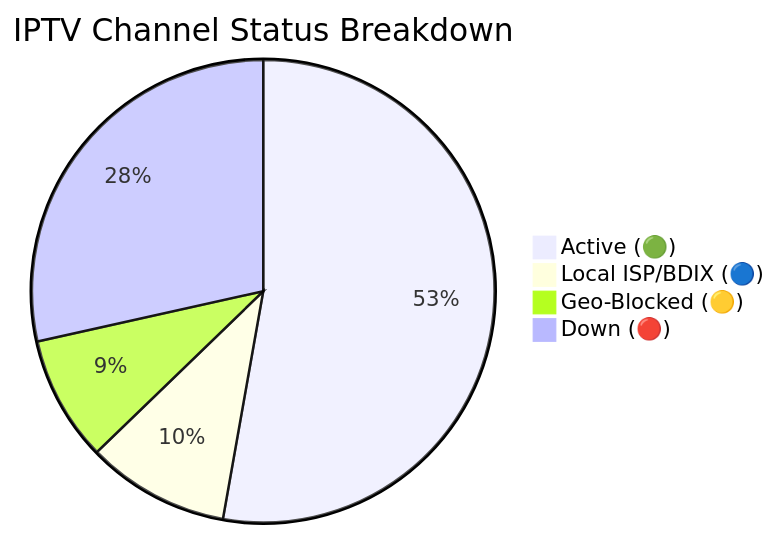
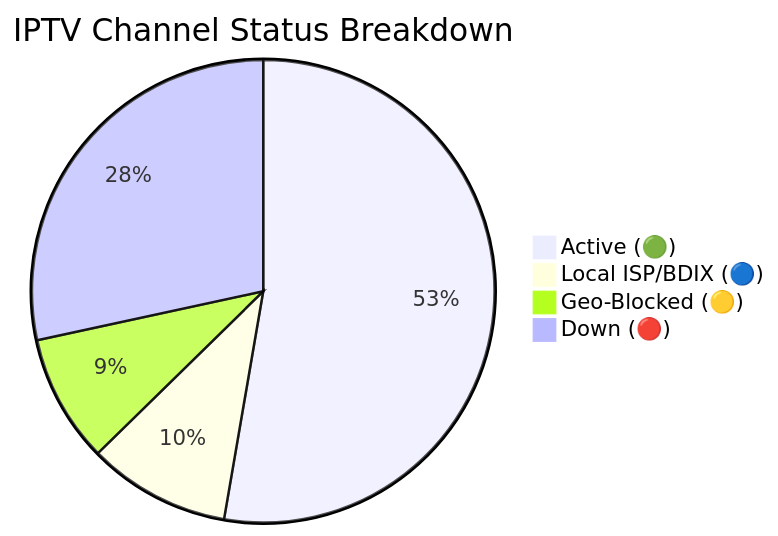
Before and after one commit to f6388600-ai/Web: the diagram in README.md, drawn with Mermaid. The commit also changed other lines of this file and 6 other files, not shown here.

````diff
--- a/README.md
+++ b/README.md
@@ -149,7 +149,7 @@
 ```mermaid
 pie title IPTV Channel Status Breakdown
-    "Active (🟢)" : 9089
-    "Local ISP/BDIX (🔵)" : 1718
-    "Geo-Blocked (🟡)" : 1506
-    "Down (🔴)" : 4904
+    "Active (🟢)" : 9076
+    "Local ISP/BDIX (🔵)" : 1714
+    "Geo-Blocked (🟡)" : 1539
+    "Down (🔴)" : 4889
 ```
````
